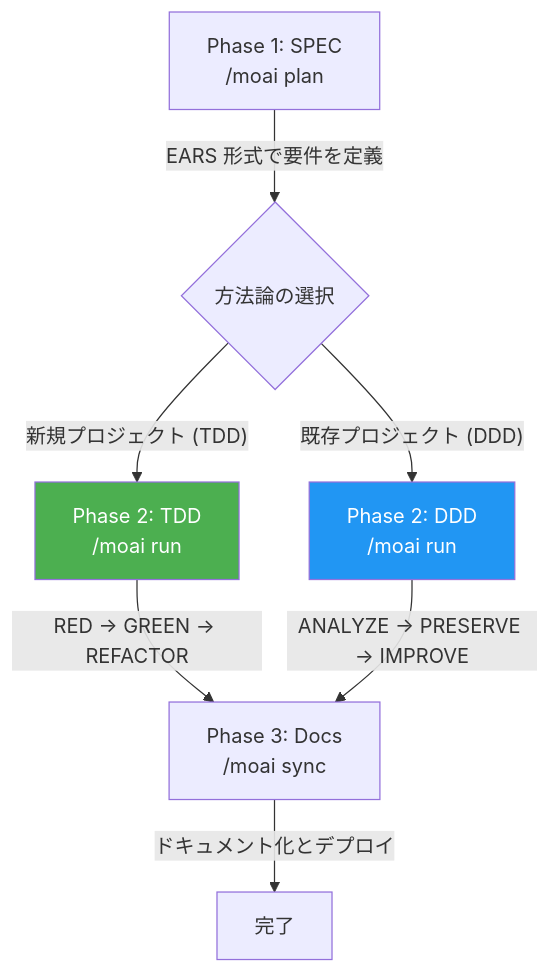
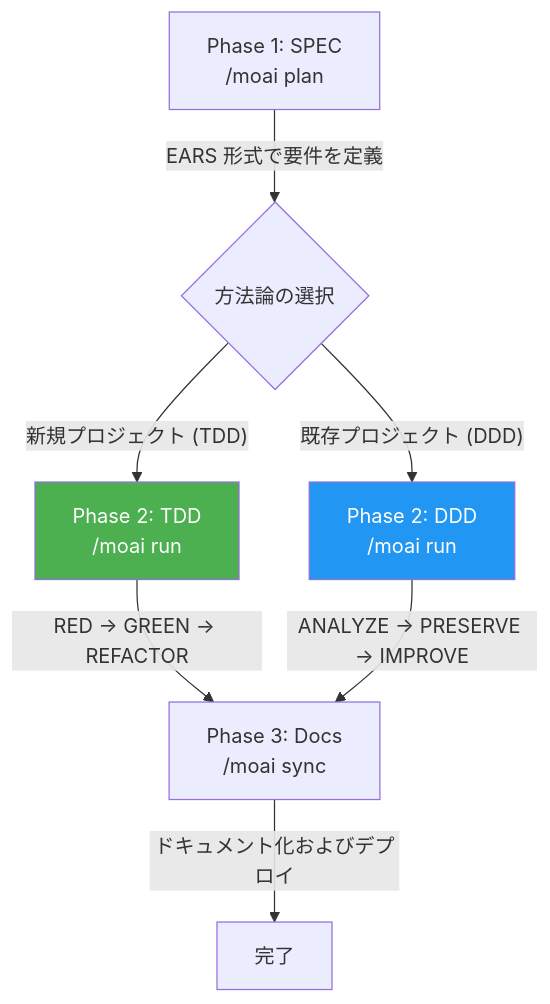
Before and after one commit to modu-ai/moai-adk: the second of 2 diagrams in docs-site/content/ja/getting-started/introduction.md, drawn with Mermaid. The commit also changed other lines of this file and 180 other files, not shown here.

````diff
--- a/docs-site/content/ja/getting-started/introduction.md
+++ b/docs-site/content/ja/getting-started/introduction.md
@@ -212,12 +212,12 @@
 ```mermaid
 flowchart TD
     A["Phase 1: SPEC<br/>/moai plan"] -->|"EARS 形式で要件を定義"| B{"方法論の選択"}
     B -->|"新規プロジェクト (TDD)"| C["Phase 2: TDD<br/>/moai run"]
     B -->|"既存プロジェクト (DDD)"| D["Phase 2: DDD<br/>/moai run"]
     C -->|"RED → GREEN → REFACTOR"| E["Phase 3: Docs<br/>/moai sync"]
     D -->|"ANALYZE → PRESERVE → IMPROVE"| E
-    E -->|"ドキュメント化とデプロイ"| F["完了"]
+    E -->|"ドキュメント化およびデプロイ"| F["完了"]
 
     style C fill:#4CAF50,color:#fff
     style D fill:#2196F3,color:#fff
 ```
````
